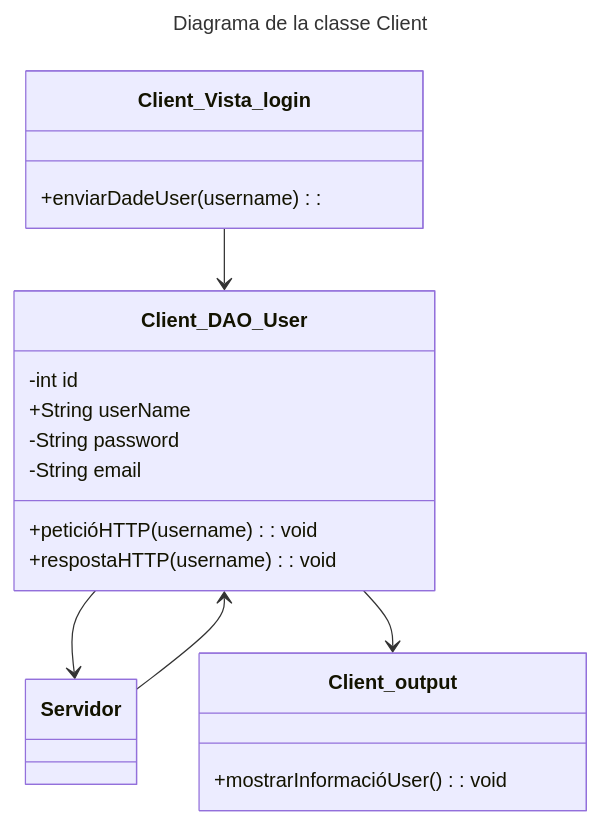
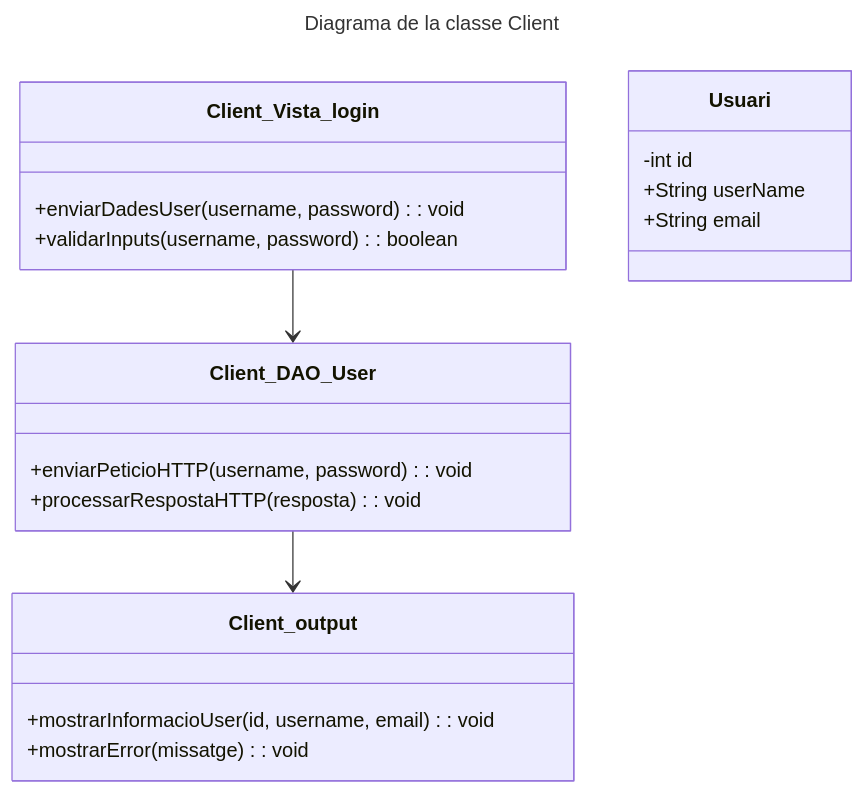
Before and after one commit to dnwits/TapatApp: the diagram in charts/diagrama_de_classes_client.mermaid, drawn with Mermaid. The commit also changed 1 other file, not shown here.

Commit message:
dg_client 1

```diff
--- a/charts/diagrama_de_classes_client.mermaid
+++ b/charts/diagrama_de_classes_client.mermaid
@@ -1,23 +1,50 @@
 ---
 title: Diagrama de la classe Client
 ---
 classDiagram
-    Client_Vista_login "" --> Client_DAO_User
-    Client_DAO_User ""--> Servidor
-    Client_DAO_User ""--> Client_output
-    Servidor ""--> Client_DAO_User
-    Client_output
+    %% Client_Vista_login "" --> Client_DAO_User
+    %% Client_DAO_User ""--> Servidor
+    %% Client_DAO_User ""--> Client_output
+    %% Servidor ""--> Client_DAO_User
+    %% Client_output
+
+    %% class Client_Vista_login{
+    %%     +enviarDadeUser(username):
+    %% }
+
+    %% class Client_DAO_User{
+    %%     -int id
+    %%     +String userName
+    %%     -String password
+    %%     -String email
+    %%     +peticióHTTP(username): void
+    %%     +respostaHTTP(username): void
+    %% }
+    
+    %% class Client_output{
+    %%     +mostrarInformacióUser(): void
+    %% }
+    Client_Vista_login --> Client_DAO_User
+    Client_DAO_User --> Client_output
+    
     class Client_Vista_login{
-        +enviarDadeUser(username):
+        +enviarDadesUser(username, password): void
+        +validarInputs(username, password): boolean
     }
+
     class Client_DAO_User{
+        +enviarPeticioHTTP(username, password): void
+        +processarRespostaHTTP(resposta): void
+    }
+    
+    class Client_output{
+        +mostrarInformacioUser(id, username, email): void
+        +mostrarError(missatge): void
+    }
+
+    %% Classe opcional per representar l'usuari
+    class Usuari{
         -int id
         +String userName
-        -String password
-        -String email
-        +peticióHTTP(username): void
-        +respostaHTTP(username): void
+        +String email
     }
-    class Client_output{
-        +mostrarInformacióUser(): void
-    }
```
